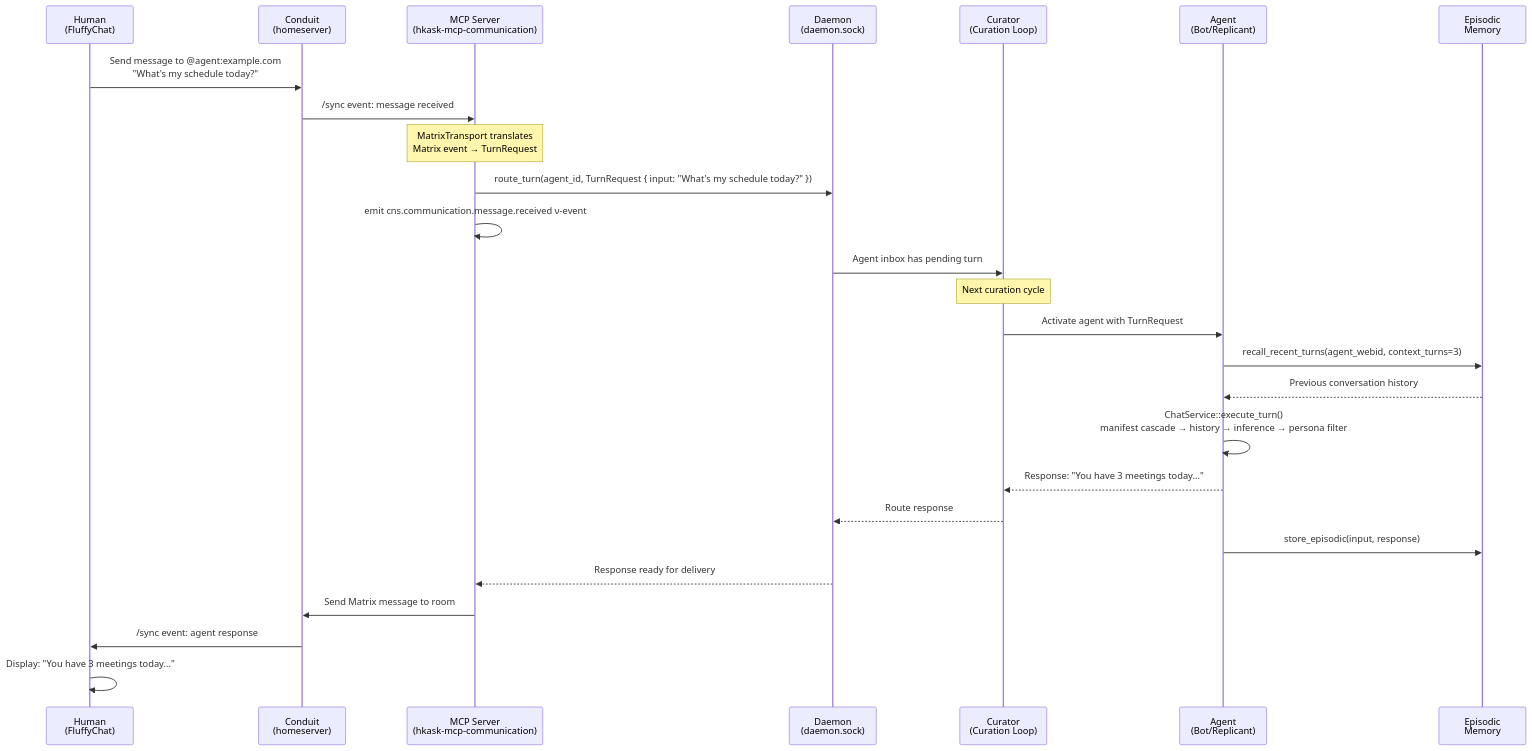
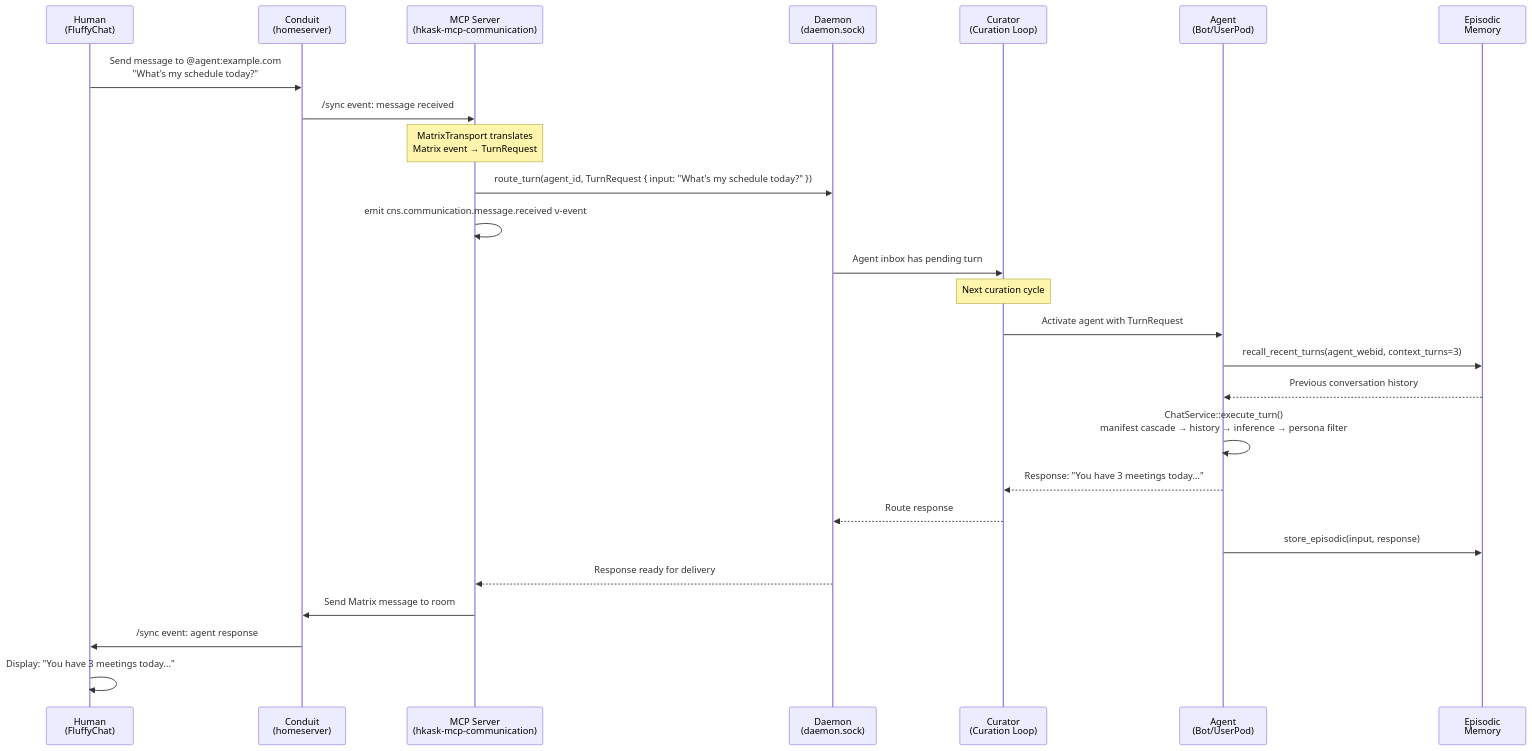
One commit to mdz-axo/hKask changed the tenth of 24 diagrams in docs/architecture/core/hKask-architecture-master.md. Above: the diagram before and after it, drawn with Mermaid. The commit also changed other lines of this file and 109 other files, not shown here.

First line of the commit message:
``` Rename Replicant to UserPod and CNS to regulation

````diff
--- a/docs/architecture/core/hKask-architecture-master.md
+++ b/docs/architecture/core/hKask-architecture-master.md
@@ -2302,39 +2302,39 @@
 ```mermaid
 sequenceDiagram
     participant H as Human<br/>(FluffyChat)
     participant C as Conduit<br/>(homeserver)
     participant M as MCP Server<br/>(hkask-mcp-communication)
     participant D as Daemon<br/>(daemon.sock)
     participant Cu as Curator<br/>(Curation Loop)
-    participant A as Agent<br/>(Bot/Replicant)
+    participant A as Agent<br/>(Bot/UserPod)
     participant E as Episodic<br/>Memory
 
     H->>C: Send message to @agent:example.com<br/>"What's my schedule today?"
     C->>M: /sync event: message received
     
     Note over M: MatrixTransport translates<br/>Matrix event → TurnRequest
     
     M->>D: route_turn(agent_id, TurnRequest { input: "What's my schedule today?" })
     M->>M: emit cns.communication.message.received ν-event
     
     D->>Cu: Agent inbox has pending turn
     
     Note over Cu: Next curation cycle
     
     Cu->>A: Activate agent with TurnRequest
     
     A->>E: recall_recent_turns(agent_webid, context_turns=3)
     E-->>A: Previous conversation history
     
     A->>A: ChatService::execute_turn()<br/>manifest cascade → history → inference → persona filter
     
     A-->>Cu: Response: "You have 3 meetings today..."
     Cu-->>D: Route response
     
     A->>E: store_episodic(input, response)
     
     D-->>M: Response ready for delivery
     M->>C: Send Matrix message to room
     C->>H: /sync event: agent response
     H->>H: Display: "You have 3 meetings today..."
 ```
````
